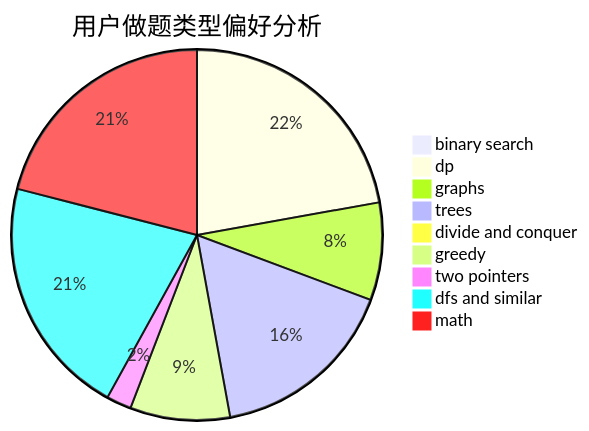
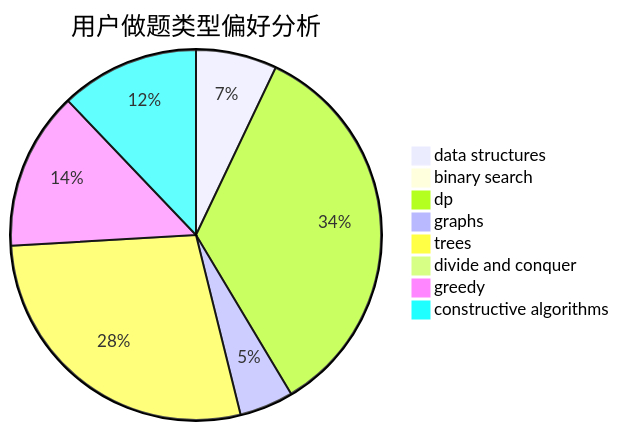
Before and after one commit to sherpahu/cfrs.github.io: the second of 3 diagrams in docs/user/u889.md, drawn with Mermaid. The commit also changed other lines of this file and 2775 other files, not shown here.

````diff
--- a/docs/user/u889.md
+++ b/docs/user/u889.md
@@ -23,12 +23,11 @@
 ```mermaid
 pie title 用户做题类型偏好分析
-    "binary search" :  3
-    "dp" :  112
-    "graphs" :  43
+    "data structures" :  21
+    "binary search" :  2
+    "dp" :  102
+    "graphs" :  14
     "trees" :  83
     "divide and conquer" :  0
-    "greedy" :  44
-    "two pointers" :  11
-    "dfs and similar" :  106
-    "math" :  106
+    "greedy" :  41
+    "constructive algorithms" :  36
 ```
````
